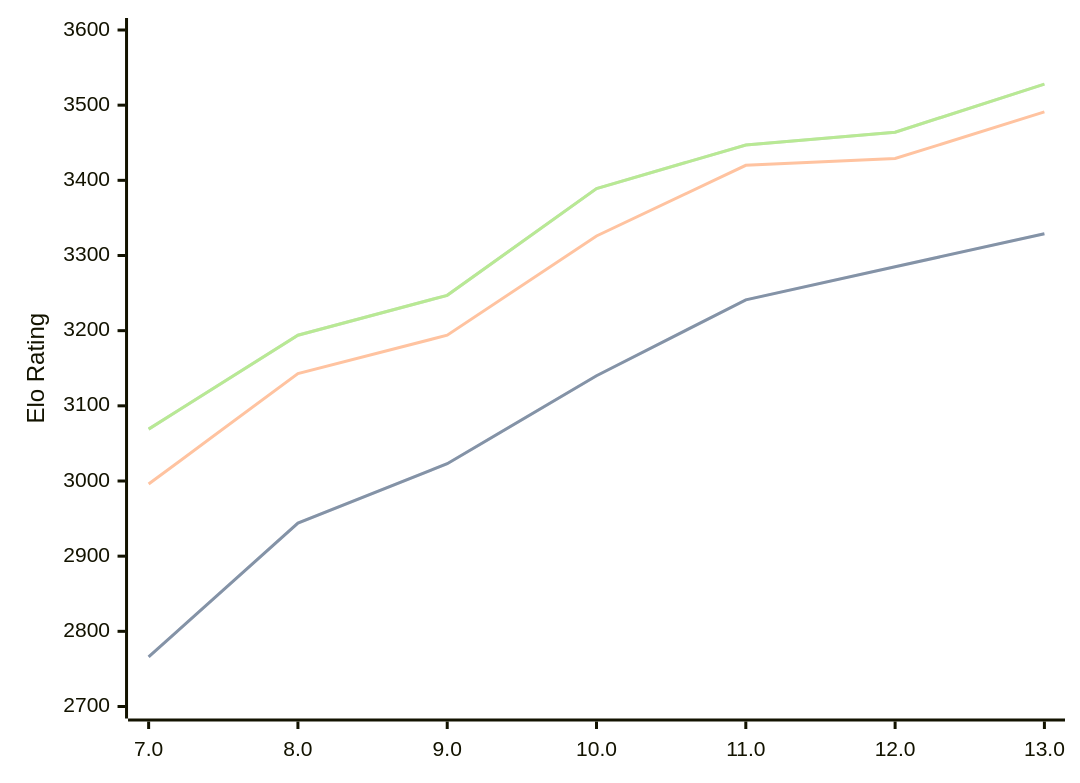
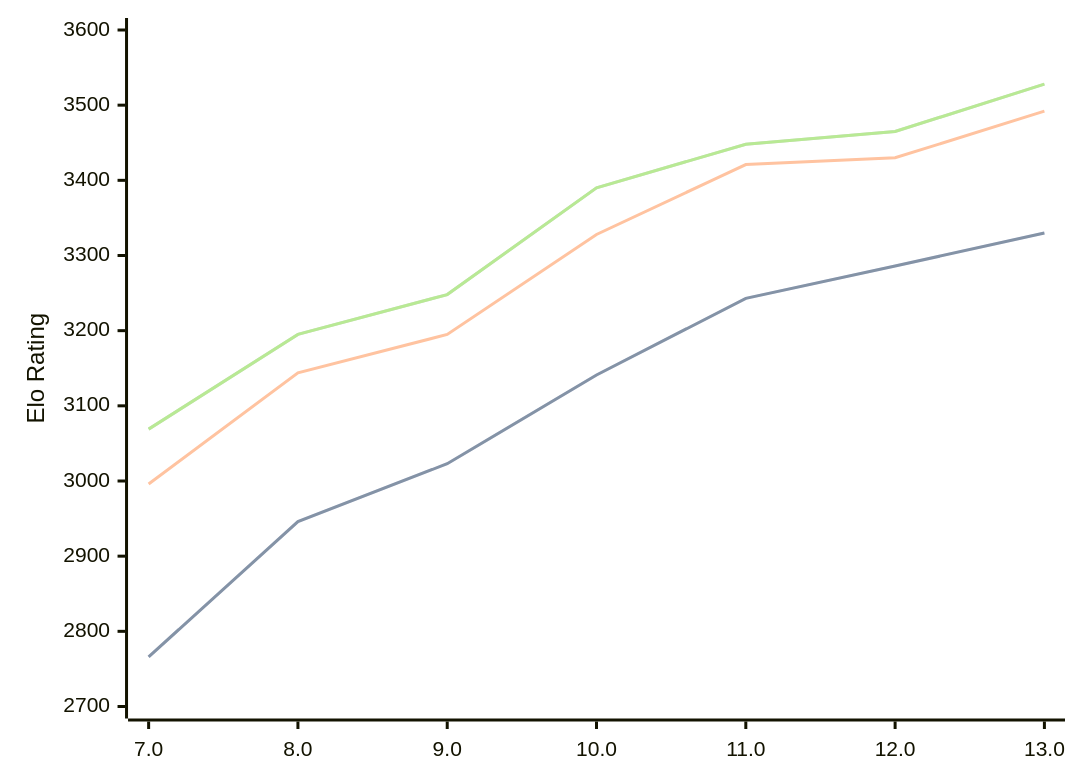
One commit to computer-chess-index/cci changed the diagram in engines/Tcheran.md. Above: the diagram before and after it, drawn with Mermaid. The commit also changed other lines of this file, not shown here.

Commit message:
Update CCI Ratings (ELO VLTC) - 2026-09-08

````diff
--- a/engines/Tcheran.md
+++ b/engines/Tcheran.md
@@ -37,11 +37,11 @@
 ```mermaid
 %%{init: {"theme":"base","themeVariables":{"seriesColors:['#a3a3a3','#222221','#faa371']}}}%%
 xychart-beta
   x-axis ["7.0", "8.0", "9.0", "10.0", "11.0", "12.0", "13.0"]
   y-axis "Elo Rating" 2700 --> 3600
-  line "" [2766, 2944, 3023, 3140, 3241, 3285, 3329]
-  line "STC (8.0+0.08s)" [2766, 2944, 3023, 3140, 3241, 3285, 3329]
-  line "LTC (60.0+0.60s)" [2996, 3143, 3194, 3326, 3420, 3429, 3491]
-  line "" [3069, 3194, 3247, 3389, 3447, 3464, 3528]
-  line "VLTC (2m24s+1.12s)" [3069, 3194, 3247, 3389, 3447, 3464, 3528]
+  line "" [2766, 2946, 3023, 3141, 3243, 3286, 3330]
+  line "STC (8.0+0.08s)" [2766, 2946, 3023, 3141, 3243, 3286, 3330]
+  line "LTC (60.0+0.60s)" [2996, 3144, 3195, 3328, 3421, 3430, 3492]
+  line "" [3069, 3195, 3248, 3390, 3448, 3465, 3528]
+  line "VLTC (2m24s+1.12s)" [3069, 3195, 3248, 3390, 3448, 3465, 3528]
 ```
````
